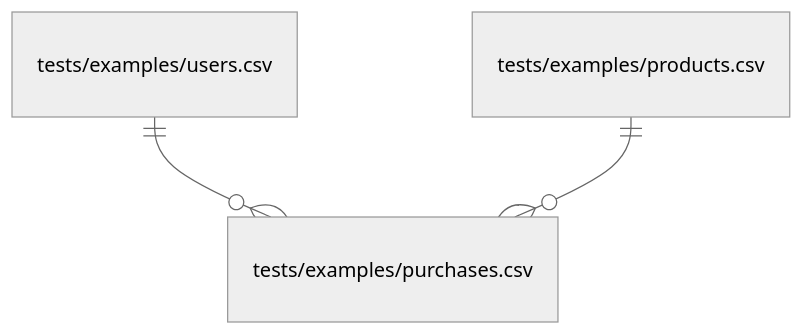
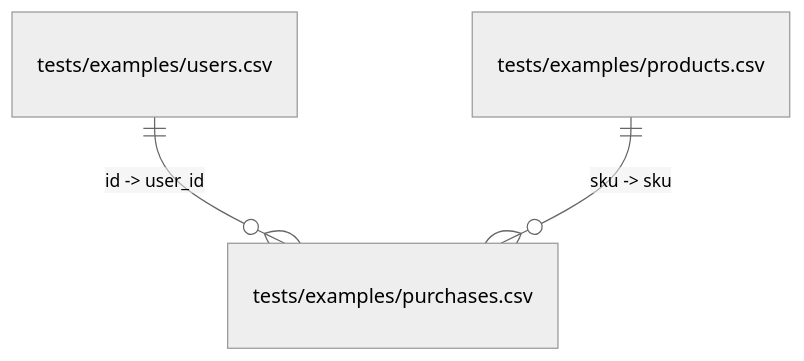
Before and after one commit to carbonfact/bloodline: the diagram in README.md, drawn with Mermaid (neutral theme).

````diff
--- a/README.md
+++ b/README.md
@@ -269,5 +269,5 @@
 ```mermaid
 erDiagram
-    "tests/examples/users.csv" ||--o{ "tests/examples/purchases.csv" : ""
-    "tests/examples/products.csv" ||--o{ "tests/examples/purchases.csv" : ""
+    "tests/examples/users.csv" ||--o{ "tests/examples/purchases.csv" : "id -> user_id"
+    "tests/examples/products.csv" ||--o{ "tests/examples/purchases.csv" : "sku -> sku"
 ```
````
